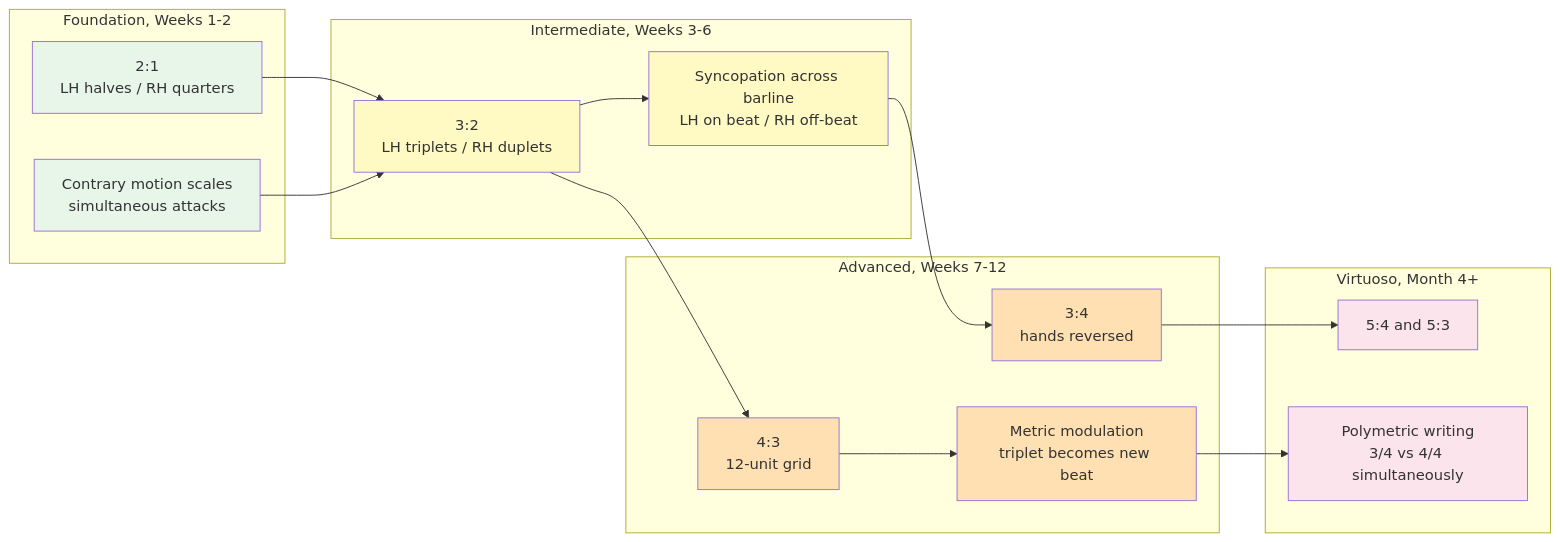
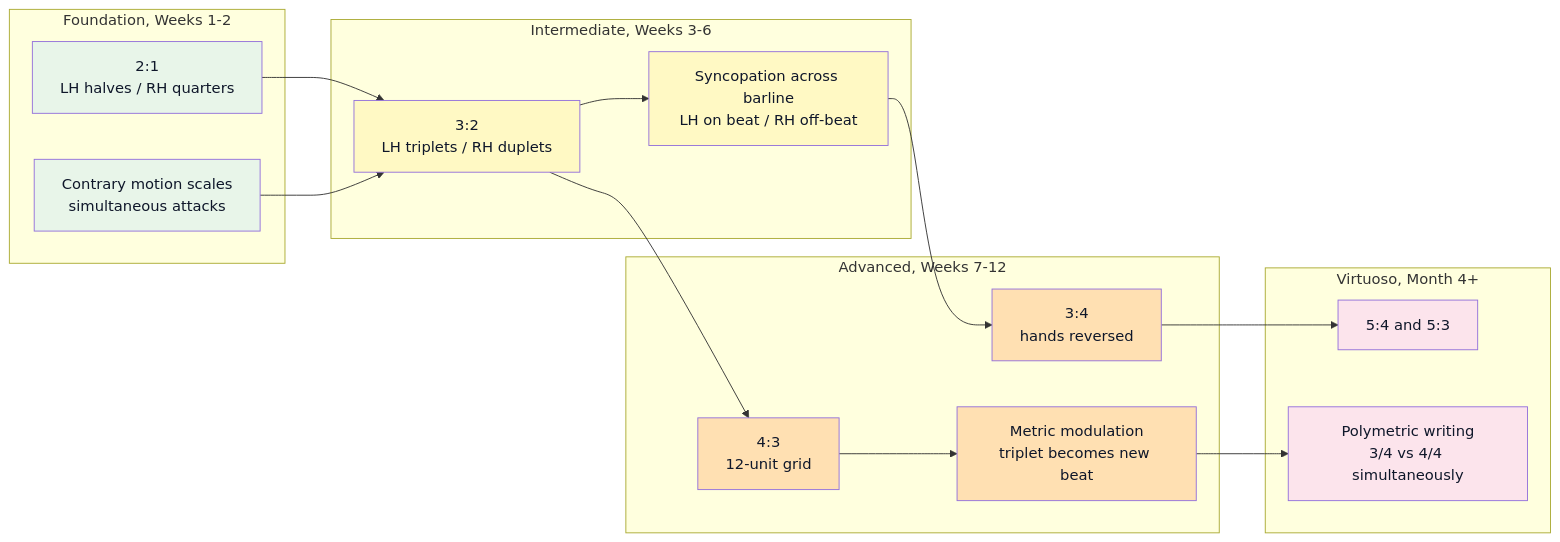
One commit to blebleblee/synapse changed the second of 5 diagrams in topics/arts/music_performance/piano/lesson_04_two_handed_rhythmic_independence.md. Above: the diagram before and after it, drawn with Mermaid. The commit also changed other lines of this file and 1464 other files, not shown here.

Commit message:
feat(release): curriculum vector mermaid upgrade, render hardening, and master synpack

````diff
--- a/topics/arts/music_performance/piano/lesson_04_two_handed_rhythmic_independence.md
+++ b/topics/arts/music_performance/piano/lesson_04_two_handed_rhythmic_independence.md
@@ -342,42 +342,42 @@
 ```mermaid
 graph LR
     subgraph sub_foundation ["Foundation, Weeks 1-2"]
         A["2:1<br/>LH halves / RH quarters"]
         B["Contrary motion scales<br/>simultaneous attacks"]
     end
 
     subgraph sub_intermediate ["Intermediate, Weeks 3-6"]
         C["3:2<br/>LH triplets / RH duplets"]
         D["Syncopation across barline<br/>LH on beat / RH off-beat"]
     end
 
     subgraph sub_advanced ["Advanced, Weeks 7-12"]
         E["4:3<br/>12-unit grid"]
         F["3:4<br/>hands reversed"]
         G["Metric modulation<br/>triplet becomes new beat"]
     end
 
     subgraph sub_virtuoso ["Virtuoso, Month 4+"]
         H["5:4 and 5:3"]
         I["Polymetric writing<br/>3/4 vs 4/4 simultaneously"]
     end
 
     A --> C
     B --> C
     C --> E
     C --> D
     D --> F
     E --> G
     F --> H
     G --> I
 
-    style A fill:#e8f5e9
-    style B fill:#e8f5e9
-    style C fill:#fff9c4
-    style D fill:#fff9c4
-    style E fill:#ffe0b2
-    style F fill:#ffe0b2
-    style G fill:#ffe0b2
-    style H fill:#fce4ec
-    style I fill:#fce4ec
+    style A fill:#e8f5e9,color:#0f172a
+    style B fill:#e8f5e9,color:#0f172a
+    style C fill:#fff9c4,color:#0f172a
+    style D fill:#fff9c4,color:#0f172a
+    style E fill:#ffe0b2,color:#0f172a
+    style F fill:#ffe0b2,color:#0f172a
+    style G fill:#ffe0b2,color:#0f172a
+    style H fill:#fce4ec,color:#0f172a
+    style I fill:#fce4ec,color:#0f172a
 ```
````
